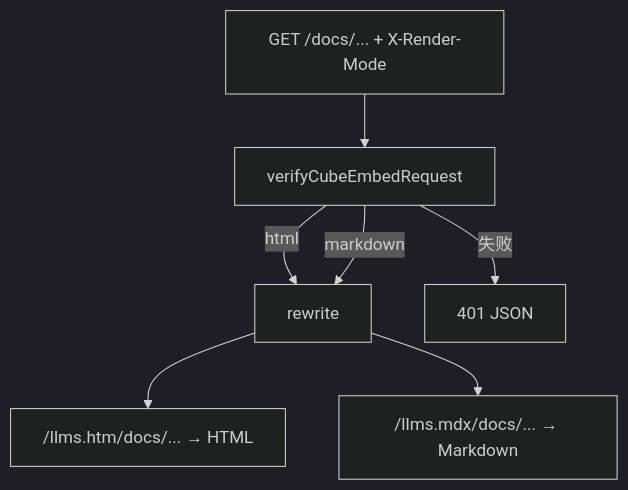
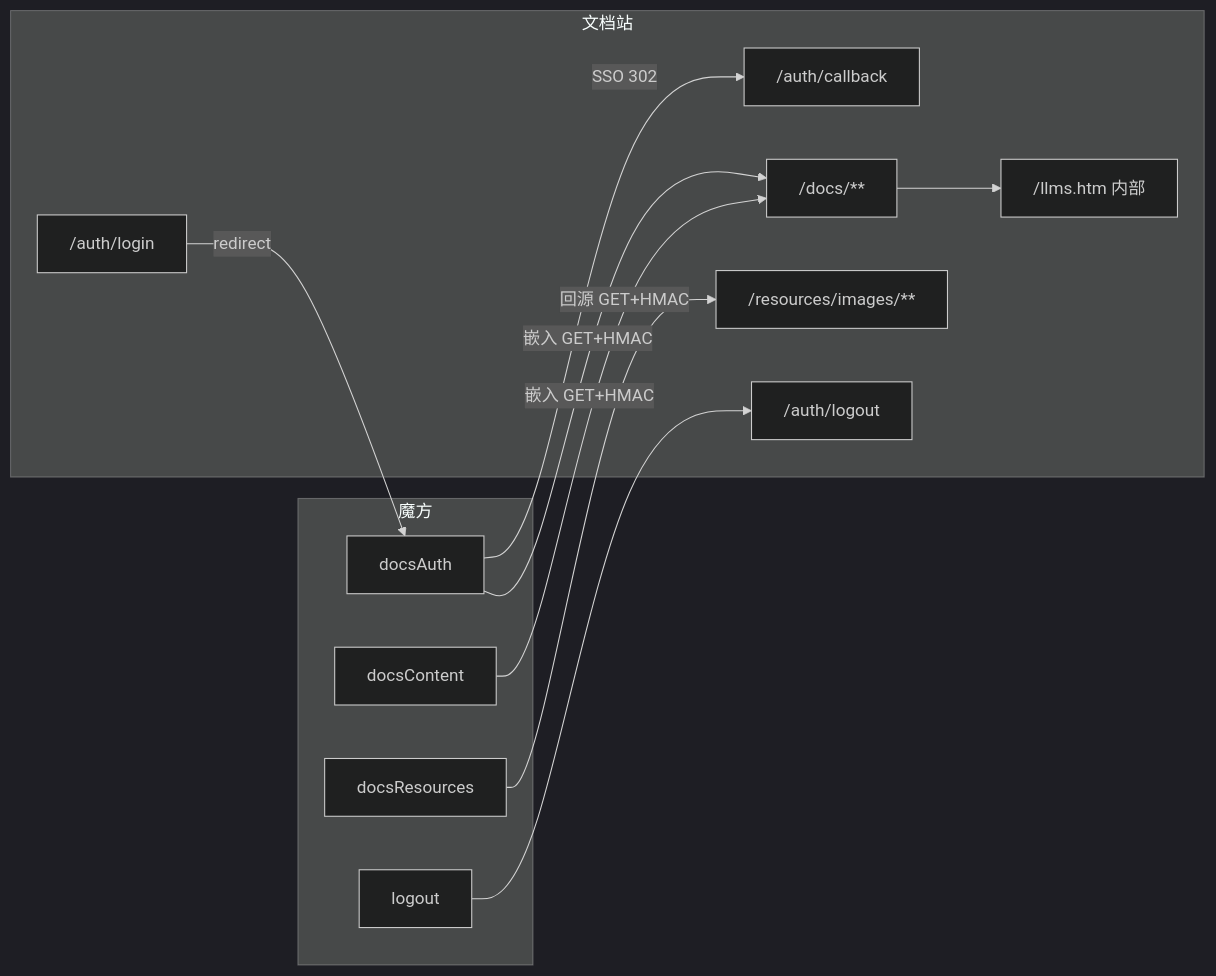
One commit to Necho-dev/rpa-products-docs changed the sixth of 6 diagrams in deploy/CUBE_SSO.md. Above: the diagram before and after it, drawn with Mermaid (dark theme). The commit also changed other lines of this file and 15 other files, not shown here.

````diff
--- a/deploy/CUBE_SSO.md
+++ b/deploy/CUBE_SSO.md
@@ -168,12 +379,24 @@
 ```mermaid
-flowchart TD
-  REQ["GET /docs/... + X-Render-Mode"]
-  VM["verifyCubeEmbedRequest"]
-  RW["rewrite"]
-  HTM["/llms.htm/docs/... → HTML"]
-  MDX["/llms.mdx/docs/... → Markdown"]
-  REQ --> VM
-  VM -->|失败| E401["401 JSON"]
-  VM -->|html| RW --> HTM
-  VM -->|markdown| RW --> MDX
+flowchart LR
+  subgraph cube [魔方]
+    DA[docsAuth]
+    DC[docsContent]
+    DR[docsResources]
+    LO[logout]
+  end
+  subgraph docs [文档站]
+    CB["/auth/callback"]
+    LG["/auth/login"]
+    LOU["/auth/logout"]
+    DOC["/docs/**"]
+    IMG["/resources/images/**"]
+    HTM["/llms.htm 内部"]
+  end
+  DA -->|SSO 302| CB
+  DA -->|嵌入 GET+HMAC| DOC
+  DC -->|嵌入 GET+HMAC| DOC
+  DOC --> HTM
+  DR -->|回源 GET+HMAC| IMG
+  LO --> LOU
+  LG -->|redirect| DA
 ```
````
